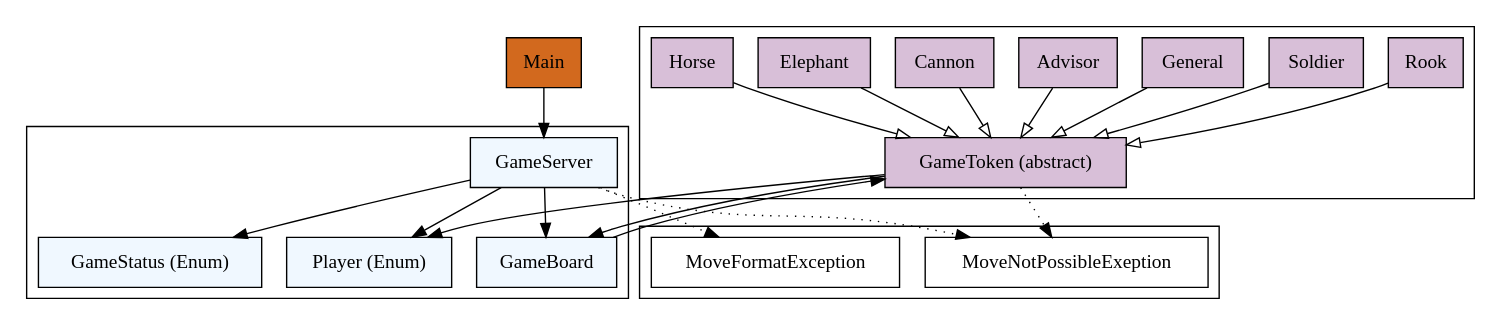
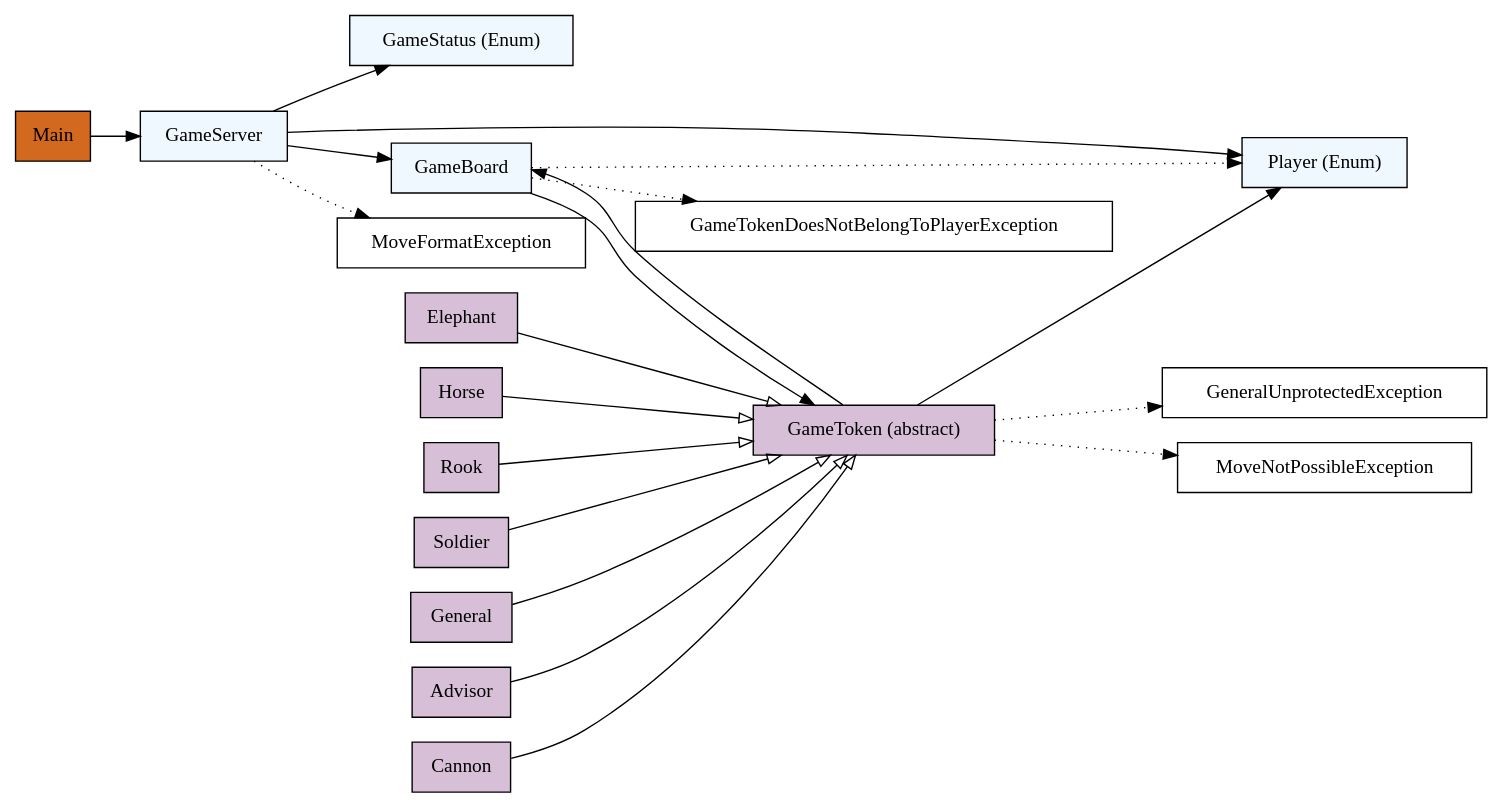
Before and after one commit to VL-IT-Service/xiangqi: the diagram in uml.dot, drawn with Graphviz. The commit also changed 2 other files, not shown here.

Commit message:
UML diagram update

```diff
--- a/uml.dot
+++ b/uml.dot
@@ -1,50 +1,58 @@
 digraph xiangqi {
-rankdir=TB
+rankdir=LR
 
 node [shape="box"]
 
 Main [fillcolor="chocolate", style="filled"] 
 
 
-subgraph clusterServer{
+subgraph Server{
+
 node [fillcolor="aliceblue", style="filled"]
+MoveFormatException [style="empty"]
+GameStatus [label="GameStatus (Enum)"]
 GameServer
 GameBoard
-GameStatus [label="GameStatus (Enum)"]
 Player [label="Player (Enum)"]
+
+GameTokenDoesNotBelongToPlayerException [style="empty"]
+
+
+GameServer -> MoveFormatException [style="dotted"]
+GameServer -> GameStatus
+GameServer -> Player
+GameBoard -> Player [style="dotted"] 
+GameServer -> GameBoard
+GameBoard -> GameTokenDoesNotBelongToPlayerException [style="dotted"]
+
+
 }
 
-
-subgraph clusterExceptions{
-MoveNotPossibleExeption
-MoveFormatException
-}
-
-subgraph clusterToken {
+subgraph Token {
 node [fillcolor="thistle", style="filled"]
 GameToken [label="GameToken (abstract)"]
 General -> GameToken [arrowhead="empty"] 
 Advisor -> GameToken [arrowhead="empty"]
 Cannon -> GameToken [arrowhead="empty"]
 Elephant -> GameToken [arrowhead="empty"]
 Horse -> GameToken [arrowhead="empty"]
 Rook -> GameToken [arrowhead="empty"]
 Soldier -> GameToken [arrowhead="empty"]
+MoveNotPossibleException [style="empty"]
+GeneralUnprotectedException [style="empty"]
+GameToken -> MoveNotPossibleException [style="dotted"]
+GameToken -> GeneralUnprotectedException [style="dotted"]
+
 }
-
-Main -> GameServer
-GameServer -> GameBoard
-GameBoard -> GameToken
 
 
 
 
-GameServer -> Player
-GameServer -> GameStatus
-GameServer -> MoveFormatException [style="dotted"]
-GameServer -> MoveNotPossibleExeption [style="dotted"]
-GameToken -> MoveNotPossibleExeption [style="dotted"]
+Main -> GameServer
+GameBoard -> GameToken
+GameToken -> GameBoard
 GameToken -> Player
-GameToken -> GameBoard
+
+
 
 }
```
